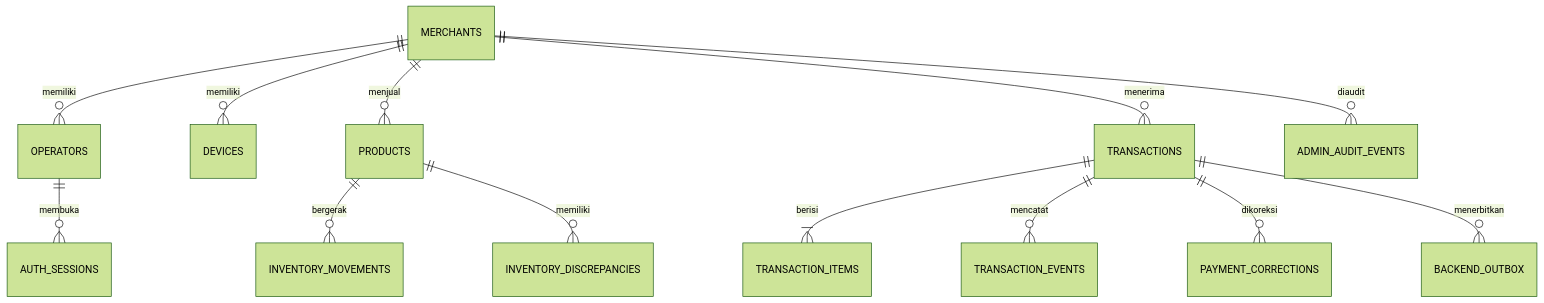
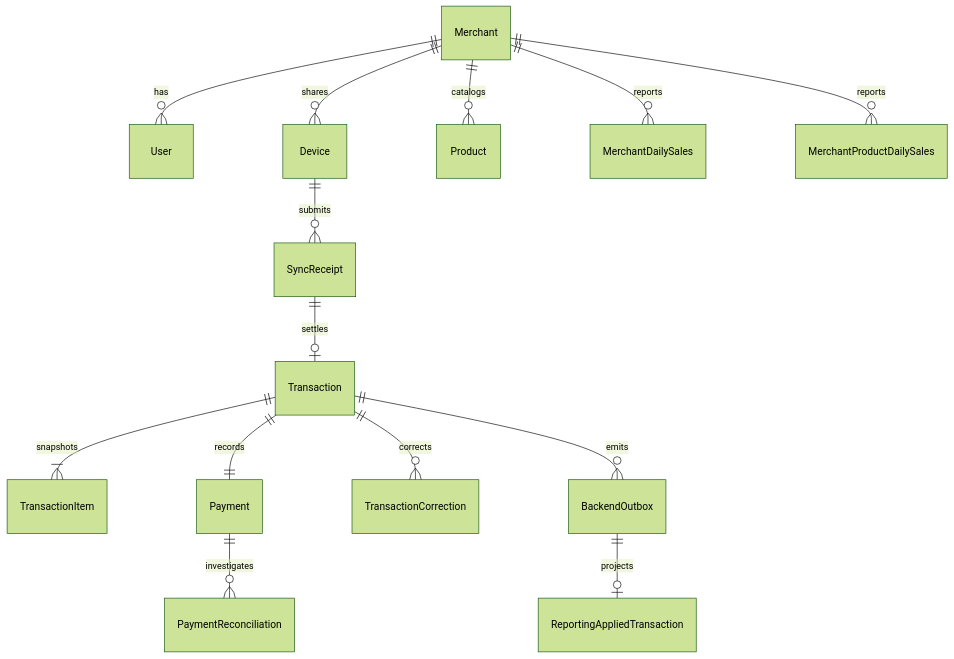
Before and after one commit to myudak/compos: the diagram in docs/database_design.md, drawn with Mermaid (forest theme). The commit also changed other lines of this file and 226 other files, not shown here.

````diff
--- a/docs/database_design.md
+++ b/docs/database_design.md
@@ -21,15 +5,16 @@
 ```mermaid
 erDiagram
-  MERCHANTS ||--o{ OPERATORS : memiliki
-  MERCHANTS ||--o{ DEVICES : memiliki
-  OPERATORS ||--o{ AUTH_SESSIONS : membuka
-  MERCHANTS ||--o{ PRODUCTS : menjual
-  MERCHANTS ||--o{ TRANSACTIONS : menerima
-  TRANSACTIONS ||--|{ TRANSACTION_ITEMS : berisi
-  TRANSACTIONS ||--o{ TRANSACTION_EVENTS : mencatat
-  TRANSACTIONS ||--o{ PAYMENT_CORRECTIONS : dikoreksi
-  PRODUCTS ||--o{ INVENTORY_MOVEMENTS : bergerak
-  PRODUCTS ||--o{ INVENTORY_DISCREPANCIES : memiliki
-  MERCHANTS ||--o{ ADMIN_AUDIT_EVENTS : diaudit
-  TRANSACTIONS ||--o{ BACKEND_OUTBOX : menerbitkan
+  Merchant ||--o{ User : has
+  Merchant ||--o{ Device : shares
+  Merchant ||--o{ Product : catalogs
+  Device ||--o{ SyncReceipt : submits
+  SyncReceipt ||--o| Transaction : settles
+  Transaction ||--|{ TransactionItem : snapshots
+  Transaction ||--|| Payment : records
+  Payment ||--o{ PaymentReconciliation : investigates
+  Transaction ||--o{ TransactionCorrection : corrects
+  Transaction ||--o{ BackendOutbox : emits
+  BackendOutbox ||--o| ReportingAppliedTransaction : projects
+  Merchant ||--o{ MerchantDailySales : reports
+  Merchant ||--o{ MerchantProductDailySales : reports
 ```
````
